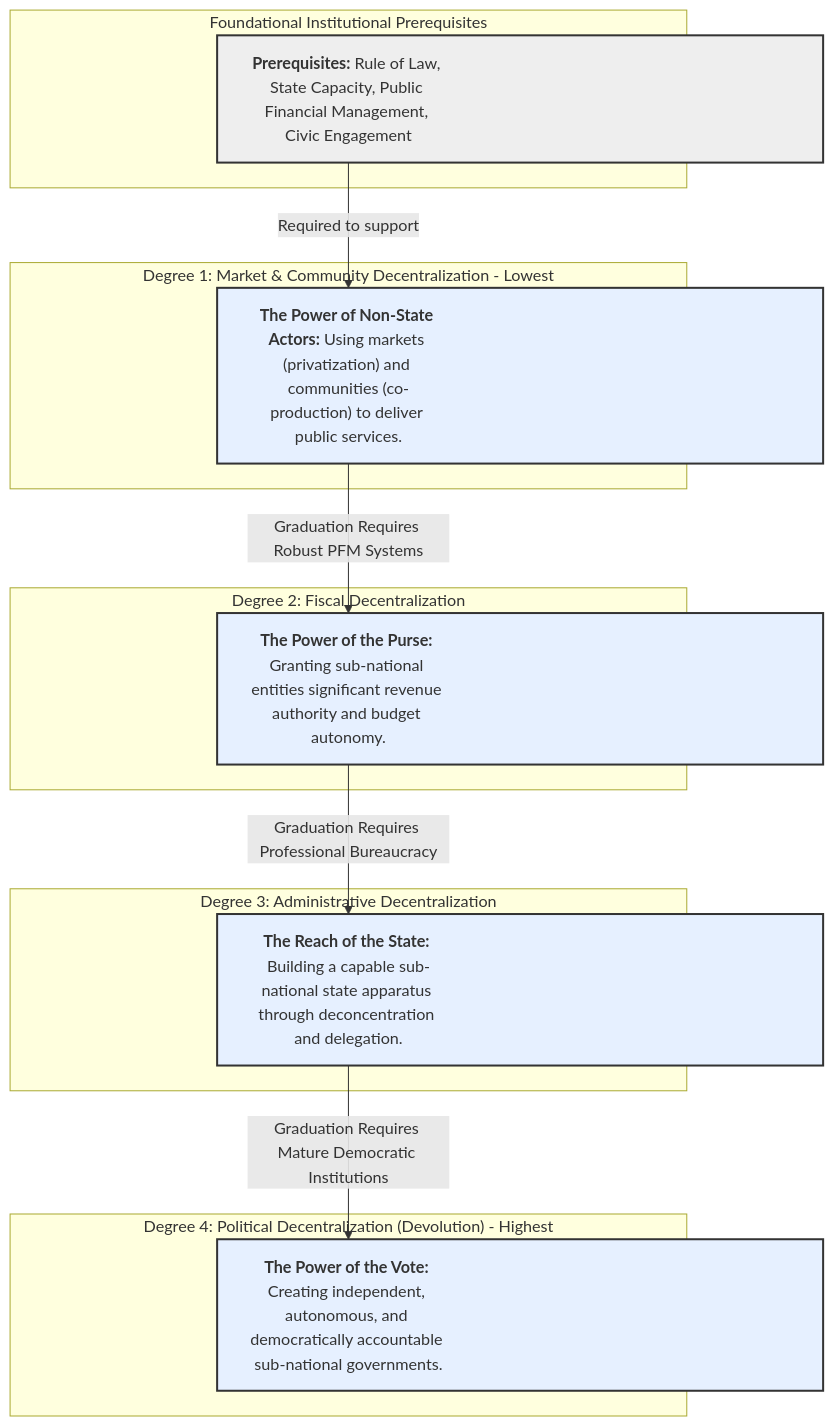
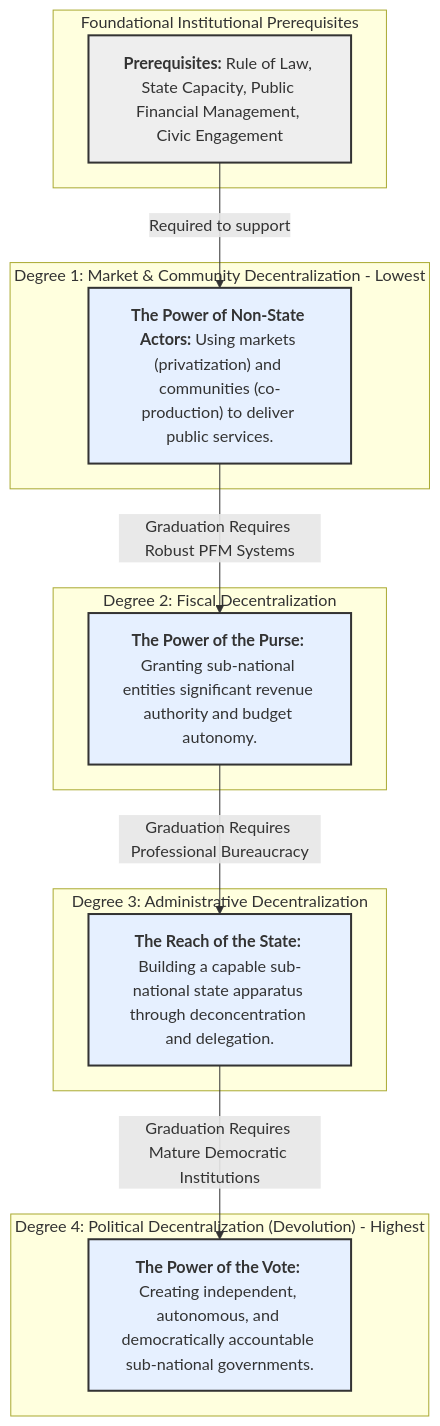
One commit to Aboutorabi/2.1.md changed the diagram in 2.1.md. Above: the diagram before and after it, drawn with Mermaid.

````diff
--- a/2.1.md
+++ b/2.1.md
@@ -1,41 +1,42 @@
 ```mermaid
+%%{init: {'themeCSS': '.node rect { width: 600px !important; } .label foreignObject span { white-space: nowrap; }'}}%%
 graph TD
     %% Degree 4
     subgraph "Degree 4: Political Decentralization (Devolution) - Highest"
         D4["<b>The Power of the Vote:</b> Creating independent, autonomous, and democratically accountable sub-national governments."]
     end
 
     %% Degree 3
     subgraph "Degree 3: Administrative Decentralization"
         D3["<b>The Reach of the State:</b> Building a capable sub-national state apparatus through deconcentration and delegation."]
     end
 
     %% Degree 2
     subgraph "Degree 2: Fiscal Decentralization"
         D2["<b>The Power of the Purse:</b> Granting sub-national entities significant revenue authority and budget autonomy."]
     end
 
     %% Degree 1
     subgraph "Degree 1: Market & Community Decentralization - Lowest"
         D1["<b>The Power of Non-State Actors:</b> Using markets (privatization) and communities (co-production) to deliver public services."]
     end
     
     %% Prerequisites
     subgraph "Foundational Institutional Prerequisites"
         F["<b>Prerequisites:</b> Rule of Law, State Capacity, Public Financial Management, Civic Engagement"]
     end
 
     %% Arrows
     F -->|Required to support| D1
     D1 -->|Graduation Requires Robust PFM Systems| D2
     D2 -->|Graduation Requires Professional Bureaucracy| D3
     D3 -->|Graduation Requires Mature Democratic Institutions| D4
 
-    %% Style (widen nodes so text stays on one line)
-    style F  fill:#eee,stroke:#333,stroke-width:2px,width:600px
-    style D1 fill:#e6f0ff,stroke:#333,stroke-width:2px,width:600px
-    style D2 fill:#e6f0ff,stroke:#333,stroke-width:2px,width:600px
-    style D3 fill:#e6f0ff,stroke:#333,stroke-width:2px,width:600px
-    style D4 fill:#e6f0ff,stroke:#333,stroke-width:2px,width:600px
+    %% Styling (colors only; width forced via CSS above)
+    style F  fill:#eee,stroke:#333,stroke-width:2px
+    style D1 fill:#e6f0ff,stroke:#333,stroke-width:2px
+    style D2 fill:#e6f0ff,stroke:#333,stroke-width:2px
+    style D3 fill:#e6f0ff,stroke:#333,stroke-width:2px
+    style D4 fill:#e6f0ff,stroke:#333,stroke-width:2px
 
 ```
````
